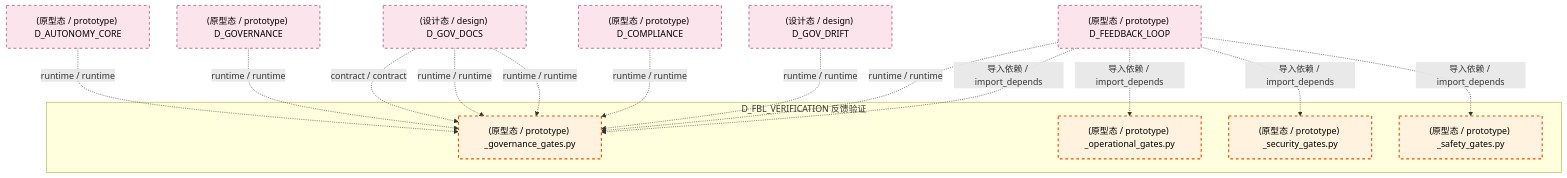
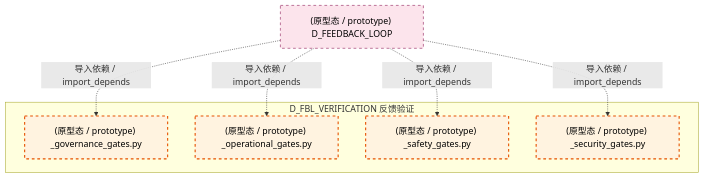
One commit to xuanFelixVan/ZephyrAlpha changed the fifth of 6 diagrams in docs/02_enterprise_architecture/02_domain_architecture_docs/13_d_fbl_verification.md. Above: the diagram before and after it, drawn with Mermaid. The commit also changed other lines of this file and 125 other files, not shown here.

````diff
--- a/docs/02_enterprise_architecture/02_domain_architecture_docs/13_d_fbl_verification.md
+++ b/docs/02_enterprise_architecture/02_domain_architecture_docs/13_d_fbl_verification.md
@@ -445,33 +445,20 @@
 ```mermaid
 graph TD
     subgraph D_FBL_VERIFICATION["D_FBL_VERIFICATION 反馈验证"]
         src_zephyr_feedback_loop_gates_governance_gates_py["(原型态 / prototype) _governance_gates.py"]
         src_zephyr_feedback_loop_gates_operational_gates_py["(原型态 / prototype) _operational_gates.py"]
         src_zephyr_feedback_loop_gates_safety_gates_py["(原型态 / prototype) _safety_gates.py"]
         src_zephyr_feedback_loop_gates_security_gates_py["(原型态 / prototype) _security_gates.py"]
     end
     D_FEEDBACK_LOOP["(原型态 / prototype) D_FEEDBACK_LOOP"]
     D_FEEDBACK_LOOP -.->|导入依赖 / import_depends| src_zephyr_feedback_loop_gates_safety_gates_py
     D_FEEDBACK_LOOP -.->|导入依赖 / import_depends| src_zephyr_feedback_loop_gates_security_gates_py
     D_FEEDBACK_LOOP -.->|导入依赖 / import_depends| src_zephyr_feedback_loop_gates_operational_gates_py
     D_FEEDBACK_LOOP -.->|导入依赖 / import_depends| src_zephyr_feedback_loop_gates_governance_gates_py
-    D_FEEDBACK_LOOP -.->|runtime / runtime| src_zephyr_feedback_loop_gates_governance_gates_py
-    D_GOV_DOCS["(设计态 / design) D_GOV_DOCS"]
-    D_GOV_DOCS -.->|runtime / runtime| src_zephyr_feedback_loop_gates_governance_gates_py
-    D_GOV_DRIFT["(设计态 / design) D_GOV_DRIFT"]
-    D_GOV_DRIFT -.->|runtime / runtime| src_zephyr_feedback_loop_gates_governance_gates_py
-    D_COMPLIANCE["(原型态 / prototype) D_COMPLIANCE"]
-    D_COMPLIANCE -.->|runtime / runtime| src_zephyr_feedback_loop_gates_governance_gates_py
-    D_GOVERNANCE["(原型态 / prototype) D_GOVERNANCE"]
-    D_GOVERNANCE -.->|runtime / runtime| src_zephyr_feedback_loop_gates_governance_gates_py
-    D_GOV_DOCS -.->|runtime / runtime| src_zephyr_feedback_loop_gates_governance_gates_py
-    D_GOV_DOCS -.->|contract / contract| src_zephyr_feedback_loop_gates_governance_gates_py
-    D_AUTONOMY_CORE["(原型态 / prototype) D_AUTONOMY_CORE"]
-    D_AUTONOMY_CORE -.->|runtime / runtime| src_zephyr_feedback_loop_gates_governance_gates_py
     classDef production fill:#e1f5fe,stroke:#01579b,stroke-width:2px,color:#000
     classDef design fill:#fff3e0,stroke:#e65100,stroke-width:2px,color:#000,stroke-dasharray: 5 5
     classDef external_prod fill:#e8f5e9,stroke:#1b5e20,stroke-width:1px,color:#000
     classDef external_design fill:#fce4ec,stroke:#880e4f,stroke-width:1px,color:#000,stroke-dasharray: 5 5
     class src_zephyr_feedback_loop_gates_governance_gates_py,src_zephyr_feedback_loop_gates_operational_gates_py,src_zephyr_feedback_loop_gates_safety_gates_py,src_zephyr_feedback_loop_gates_security_gates_py design
-    class D_FEEDBACK_LOOP,D_GOV_DOCS,D_GOV_DRIFT,D_COMPLIANCE,D_GOVERNANCE,D_AUTONOMY_CORE external_design
+    class D_FEEDBACK_LOOP external_design
 ```
````
